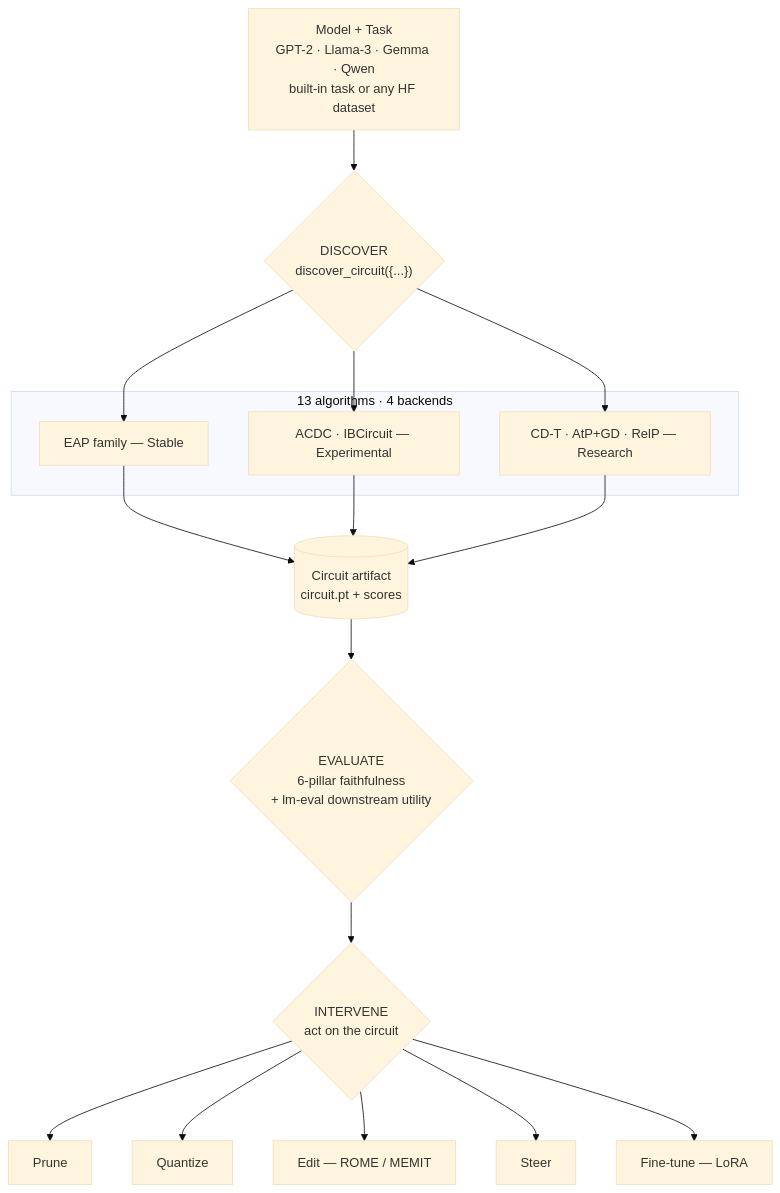
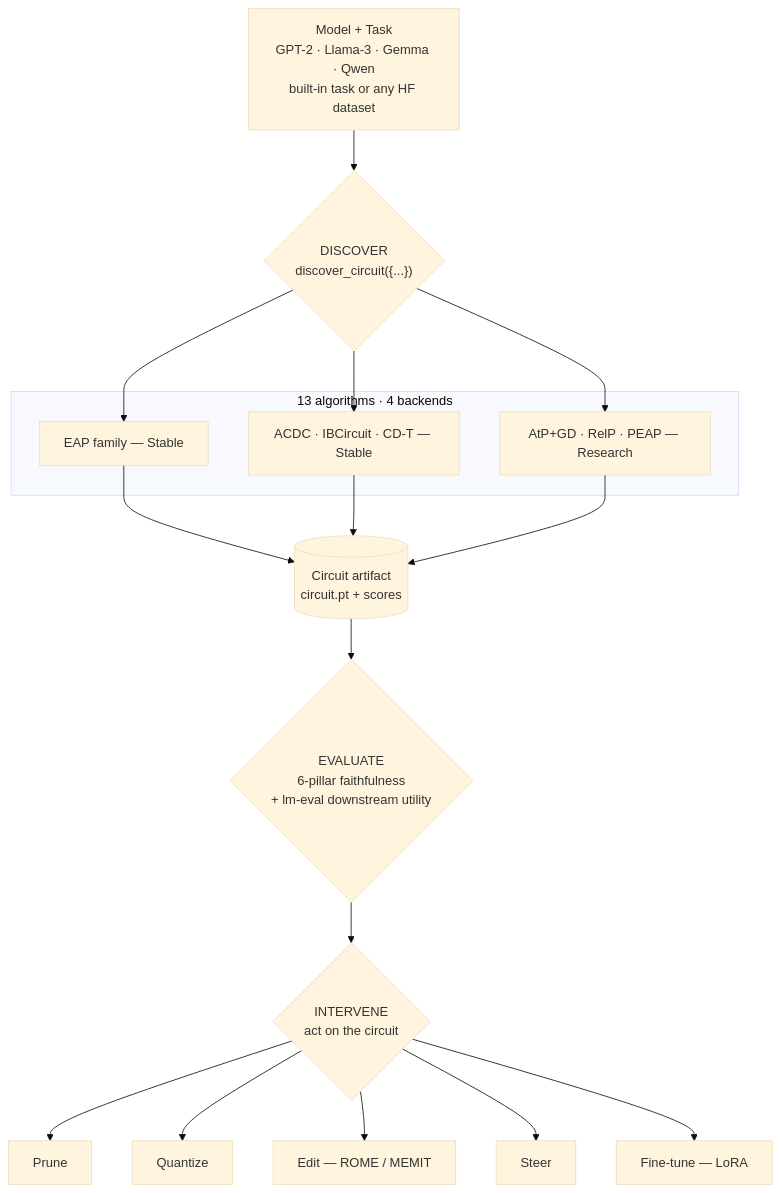
The first of 4 diagrams in docs/blog/introducing-circuitkit.md (Lexsi-Labs/CircuitKIT), drawn with Mermaid (base theme) before and after one commit. The commit also changed other lines of this file and 27 other files, not shown here.

````diff
--- a/docs/blog/introducing-circuitkit.md
+++ b/docs/blog/introducing-circuitkit.md
@@ -25,21 +25,21 @@
 ```mermaid
 flowchart TD
     A["Model + Task<br/>GPT-2 · Llama-3 · Gemma · Qwen<br/>built-in task or any HF dataset"]
     A --> B{"DISCOVER<br/>discover_circuit({...})"}
 
     subgraph backends["13 algorithms · 4 backends"]
         B1["EAP family — Stable"]
-        B2["ACDC · IBCircuit — Experimental"]
-        B3["CD-T · AtP+GD · RelP — Research"]
+        B2["ACDC · IBCircuit · CD-T — Stable"]
+        B3["AtP+GD · RelP · PEAP — Research"]
     end
     B --> B1 & B2 & B3
     B1 & B2 & B3 --> C[("Circuit artifact<br/>circuit.pt + scores")]
 
     C --> D{"EVALUATE<br/>6-pillar faithfulness<br/>+ lm-eval downstream utility"}
     D --> E{"INTERVENE<br/>act on the circuit"}
     E --> E1["Prune"]
     E --> E2["Quantize"]
     E --> E3["Edit — ROME / MEMIT"]
     E --> E4["Steer"]
     E --> E5["Fine-tune — LoRA"]
 ```
````
